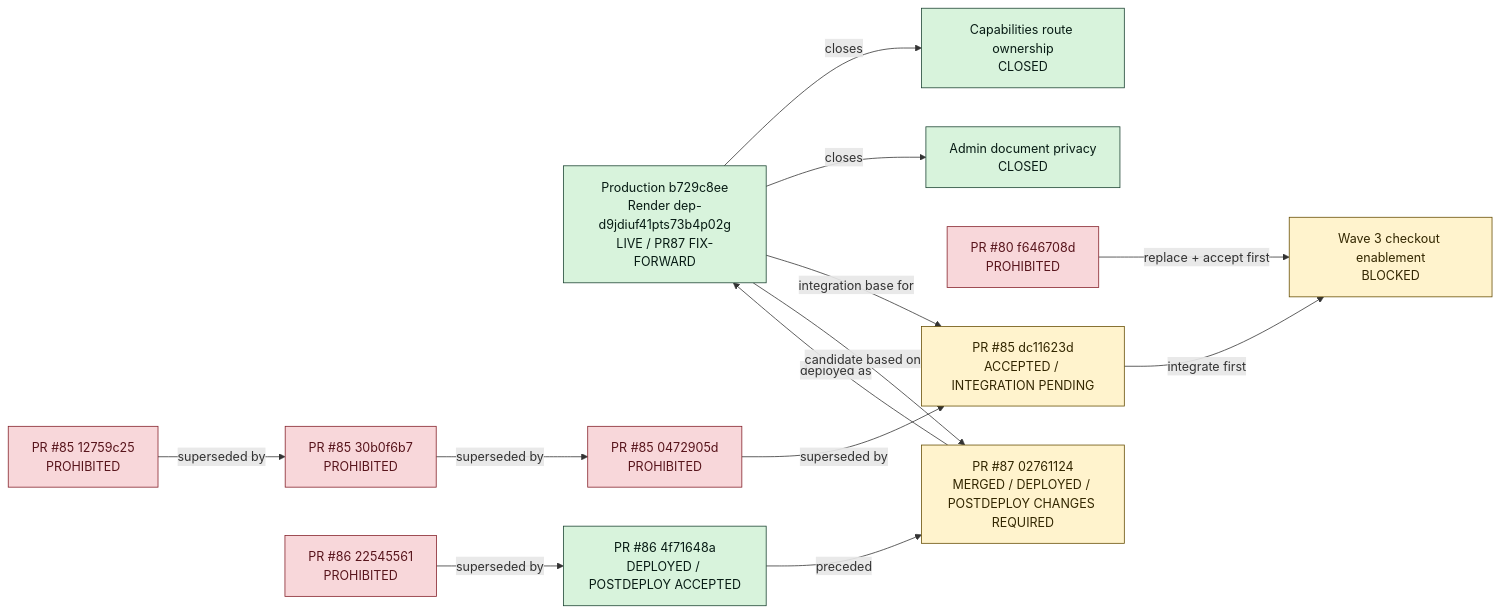
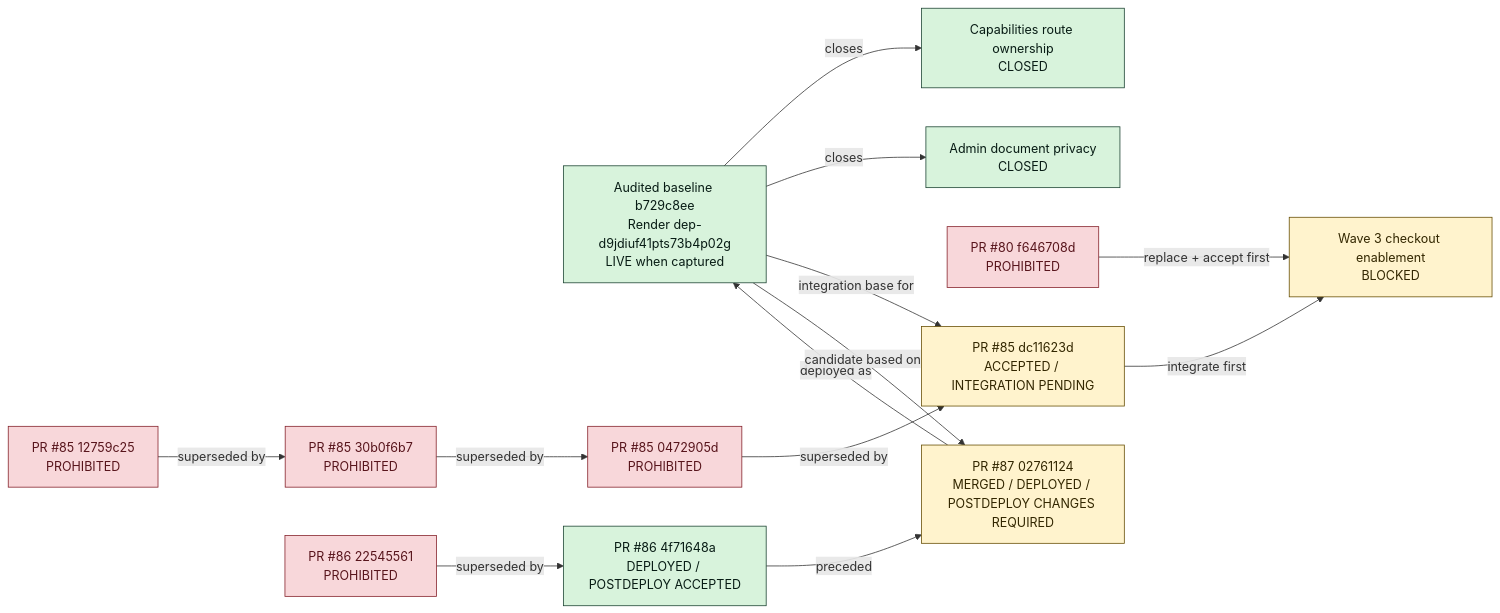
One commit to teamxenios/xenios-website changed the diagram in docs/coordination/ACTIVE_RELEASE_GRAPH.mmd. Above: the diagram before and after it, drawn with Mermaid. The commit also changed 10 other files, not shown here.

```diff
--- a/docs/coordination/ACTIVE_RELEASE_GRAPH.mmd
+++ b/docs/coordination/ACTIVE_RELEASE_GRAPH.mmd
@@ -1,35 +1,35 @@
 flowchart LR
-  PROD["Production b729c8ee<br/>Render dep-d9jdiuf41pts73b4p02g<br/>LIVE / PR87 FIX-FORWARD"]
+  PROD["Audited baseline b729c8ee<br/>Render dep-d9jdiuf41pts73b4p02g<br/>LIVE when captured"]
   CAP["Capabilities route ownership<br/>CLOSED"]
   PRIV["Admin document privacy<br/>CLOSED"]
   PR80["PR #80 f646708d<br/>PROHIBITED"]
   PR85OLD["PR #85 12759c25<br/>PROHIBITED"]
   PR85MID["PR #85 30b0f6b7<br/>PROHIBITED"]
   PR85LAST["PR #85 0472905d<br/>PROHIBITED"]
   PR85["PR #85 dc11623d<br/>ACCEPTED / INTEGRATION PENDING"]
   PR86OLD["PR #86 22545561<br/>PROHIBITED"]
   PR86["PR #86 4f71648a<br/>DEPLOYED / POSTDEPLOY ACCEPTED"]
   PR87["PR #87 02761124<br/>MERGED / DEPLOYED / POSTDEPLOY CHANGES REQUIRED"]
   CHECKOUT["Wave 3 checkout enablement<br/>BLOCKED"]
 
   PR86 -->|preceded| PR87
   PR87 -->|deployed as| PROD
   PROD -->|closes| CAP
   PROD -->|closes| PRIV
   PR86OLD -->|superseded by| PR86
   PR85OLD -->|superseded by| PR85MID
   PR85MID -->|superseded by| PR85LAST
   PR85LAST -->|superseded by| PR85
   PROD -->|integration base for| PR85
   PROD -->|candidate based on| PR87
   PR80 -->|replace + accept first| CHECKOUT
   PR85 -->|integrate first| CHECKOUT
 
   classDef live fill:#d8f3dc,stroke:#1b4332,color:#081c15
   classDef closed fill:#d8f3dc,stroke:#1b4332,color:#081c15
   classDef prohibited fill:#f8d7da,stroke:#842029,color:#58151c
   classDef pending fill:#fff3cd,stroke:#664d03,color:#332701
   class PROD,PR86 live
   class CAP,PRIV closed
   class PR80,PR85OLD,PR85MID,PR85LAST,PR86OLD prohibited
   class PR85,PR87,CHECKOUT pending
```
